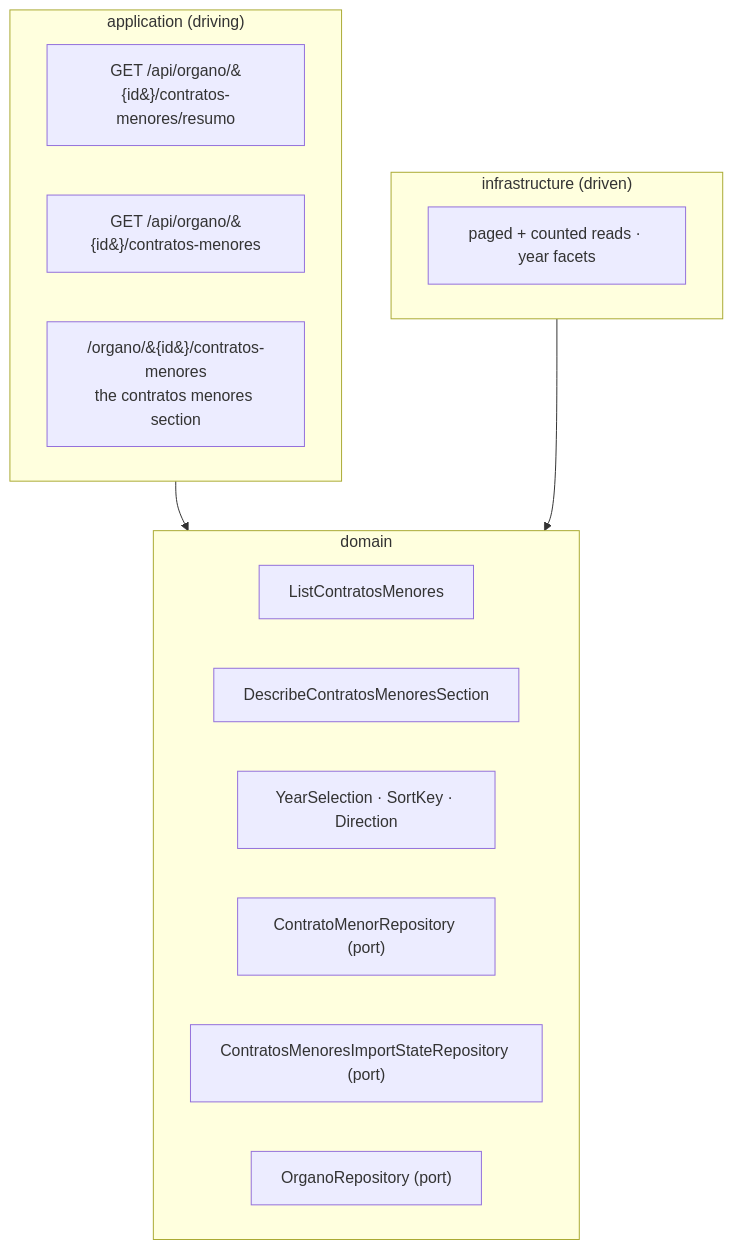
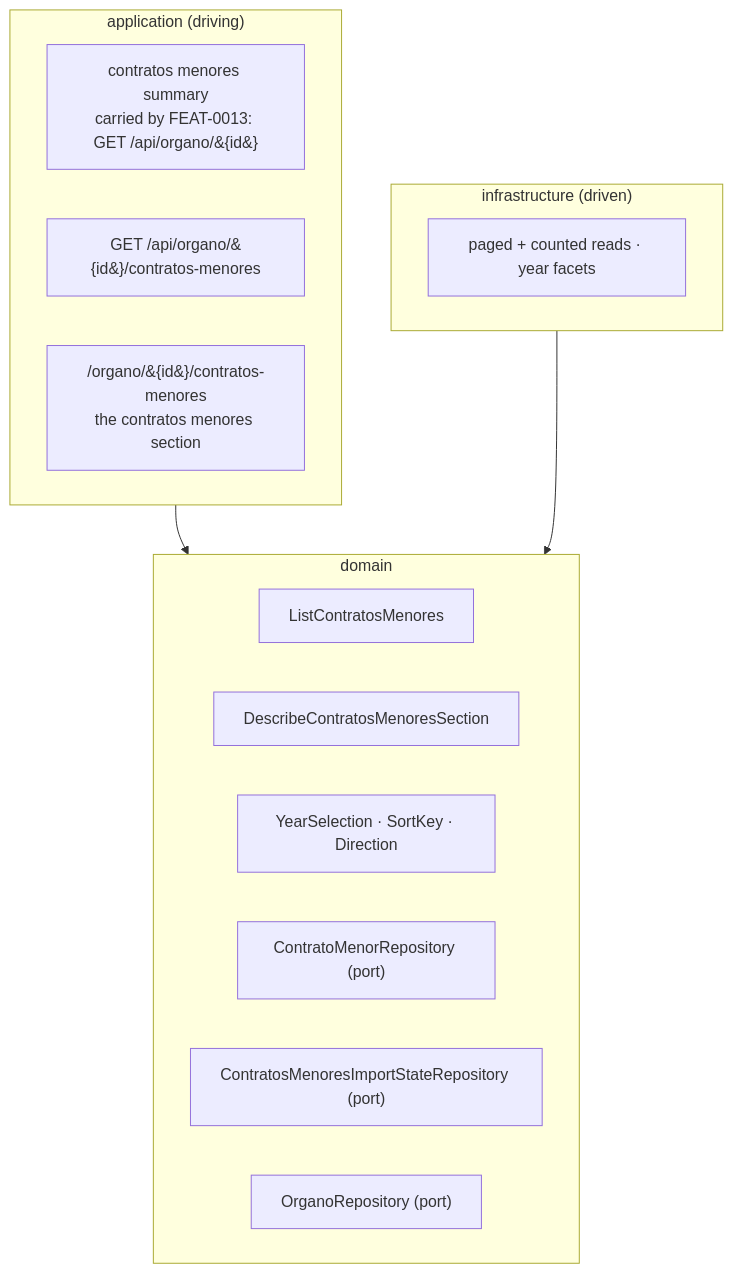
Before and after one commit to earelin/conxugal: the diagram in docs/features/FEAT-0011-contratos-menores-browsing/README.md, drawn with Mermaid. The commit also changed other lines of this file and 6 other files, not shown here.

````diff
--- a/docs/features/FEAT-0011-contratos-menores-browsing/README.md
+++ b/docs/features/FEAT-0011-contratos-menores-browsing/README.md
@@ -135,24 +137,24 @@
 ```mermaid
 flowchart TB
     subgraph application["application (driving)"]
         direction LR
-        resumoApi["GET /api/organo/&#123;id&#125;/contratos-menores/resumo"]
+        summaryPort["contratos menores summary<br/>carried by FEAT-0013: GET /api/organo/&#123;id&#125;"]
         listApi["GET /api/organo/&#123;id&#125;/contratos-menores"]
         sectionUi["/organo/&#123;id&#125;/contratos-menores<br/>the contratos menores section"]
     end
     subgraph domain["domain"]
         direction LR
         listUc["ListContratosMenores"]
         resumoUc["DescribeContratosMenoresSection"]
         selection["YearSelection · SortKey · Direction"]
         contratoRepo["ContratoMenorRepository (port)"]
         stateRepo["ContratosMenoresImportStateRepository (port)"]
         organoRepo["OrganoRepository (port)"]
     end
     subgraph infrastructure["infrastructure (driven)"]
         direction LR
         jdbcReads["paged + counted reads · year facets"]
     end
     application --> domain
     infrastructure --> domain
 ```
````
